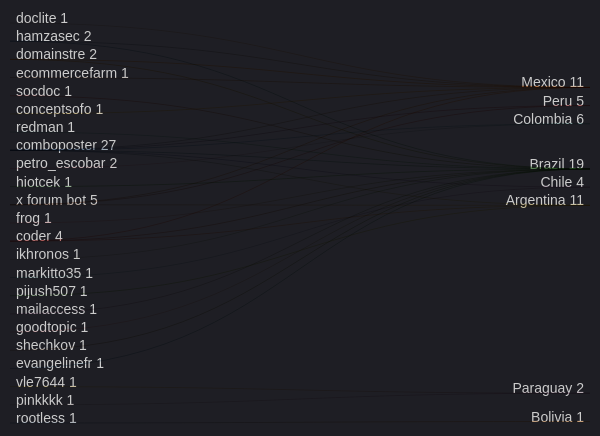
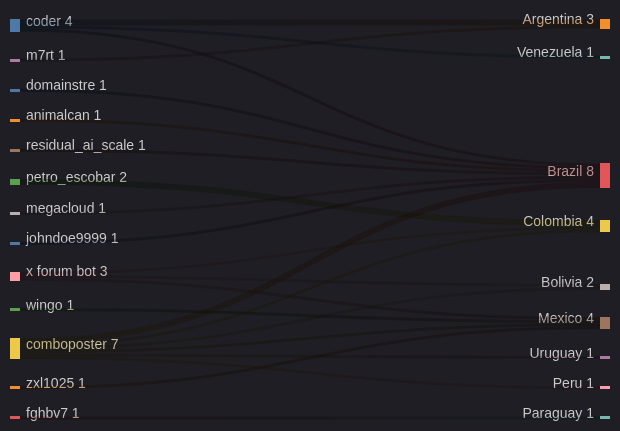
The fifth of 5 diagrams in exfiltradaz.md (ZoqueLabs/website), drawn with Mermaid before and after one commit. The commit also changed other lines of this file, not shown here.

````diff
--- a/exfiltradaz.md
+++ b/exfiltradaz.md
@@ -154,41 +159,29 @@
 ```mermaid
 ---
 config:
   theme: dark
 ---
 sankey-beta
-  comboposter,Mexico,4
-  comboposter,Peru,4
-  comboposter,Colombia,4
-  comboposter,Brazil,7
-  comboposter,Argentina,5
-  comboposter,Chile,3
-  petro_escobar,Colombia,2
-  x forum bot,Argentina,3
-  x forum bot,Peru,1
-  x forum bot,Mexico,1
-  doclite,Mexico,1
-  hamzasec,Brazil,1
-  hamzasec,Mexico,1
-  domainstre,Mexico,1
-  domainstre,Brazil,1
-  socdoc,Brazil,1
-  redman,Brazil,1
-  hiotcek,Brazil,1
-  vle7644,Paraguay,1
-  frog,Brazil,1
-  ecommercefarm,Mexico,1
-  ikhronos,Brazil,1
-  rootless,Bolivia,1
-  coder,Mexico,1
   coder,Argentina,2
   coder,Brazil,1
-  markitto35,Chile,1
-  pijush507,Argentina,1
-  conceptsofo,Mexico,1
-  mailaccess,Brazil,1
-  goodtopic,Brazil,1
-  shechkov,Brazil,1
-  pinkkkk,Paraguay,1
-  evangelinefr,Brazil,1
+  coder,Venezuela,1
+  petro_escobar,Colombia,2
+  m7rt,Argentina,1
+  x forum bot,Mexico,1
+  x forum bot,Colombia,1
+  x forum bot,Bolivia,1
+  domainstre,Brazil,1
+  animalcan,Brazil,1
+  fghbv7,Paraguay,1
+  wingo,Mexico,1
+  comboposter,Uruguay,1
+  comboposter,Brazil,2
+  comboposter,Peru,1
+  comboposter,Mexico,1
+  comboposter,Colombia,1
+  comboposter,Bolivia,1
+  residual_ai_scale,Brazil,1
+  megacloud,Brazil,1
+  johndoe9999,Brazil,1
+  zxl1025,Mexico,1
 ```
````
